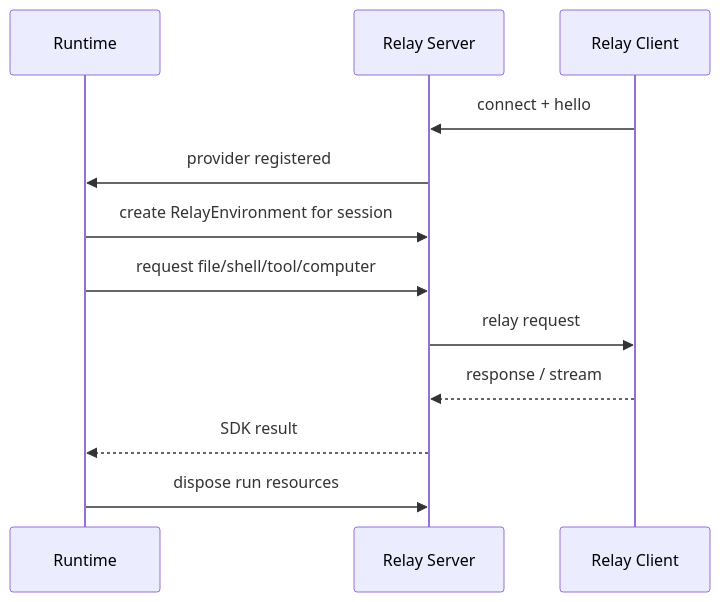
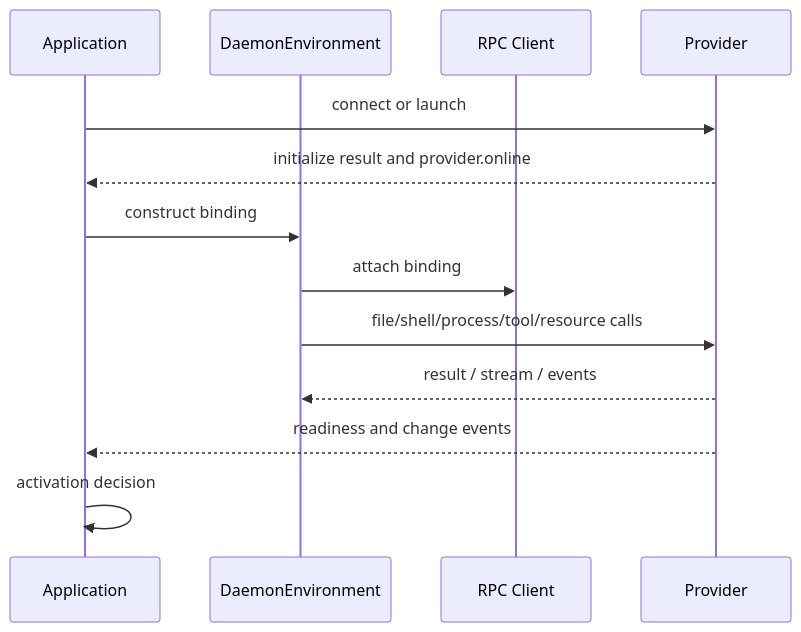
One commit to Alexsu26/ya-mono changed the diagram in packages/ya-environment-relay/spec/03-environment.md. Above: the diagram before and after it, drawn with Mermaid. The commit also changed other lines of this file and 108 other files, not shown here.

````diff
--- a/packages/ya-environment-relay/spec/03-environment.md
+++ b/packages/ya-environment-relay/spec/03-environment.md
@@ -191,15 +257,16 @@
 ```mermaid
 sequenceDiagram
-    participant Runtime as Runtime
-    participant Server as Relay Server
-    participant Client as Relay Client
+    participant App as Application
+    participant Env as DaemonEnvironment
+    participant Client as RPC Client
+    participant Provider as Provider
 
-    Client->>Server: connect + hello
-    Server->>Runtime: provider registered
-    Runtime->>Server: create RelayEnvironment for session
-    Runtime->>Server: request file/shell/tool/computer
-    Server->>Client: relay request
-    Client-->>Server: response / stream
-    Server-->>Runtime: SDK result
-    Runtime->>Server: dispose run resources
+    App->>Provider: connect or launch
+    Provider-->>App: initialize result and provider.online
+    App->>Env: construct binding
+    Env->>Client: attach binding
+    Env->>Provider: file/shell/process/tool/resource calls
+    Provider-->>Env: result / stream / events
+    Provider-->>App: readiness and change events
+    App->>App: activation decision
 ```
````
